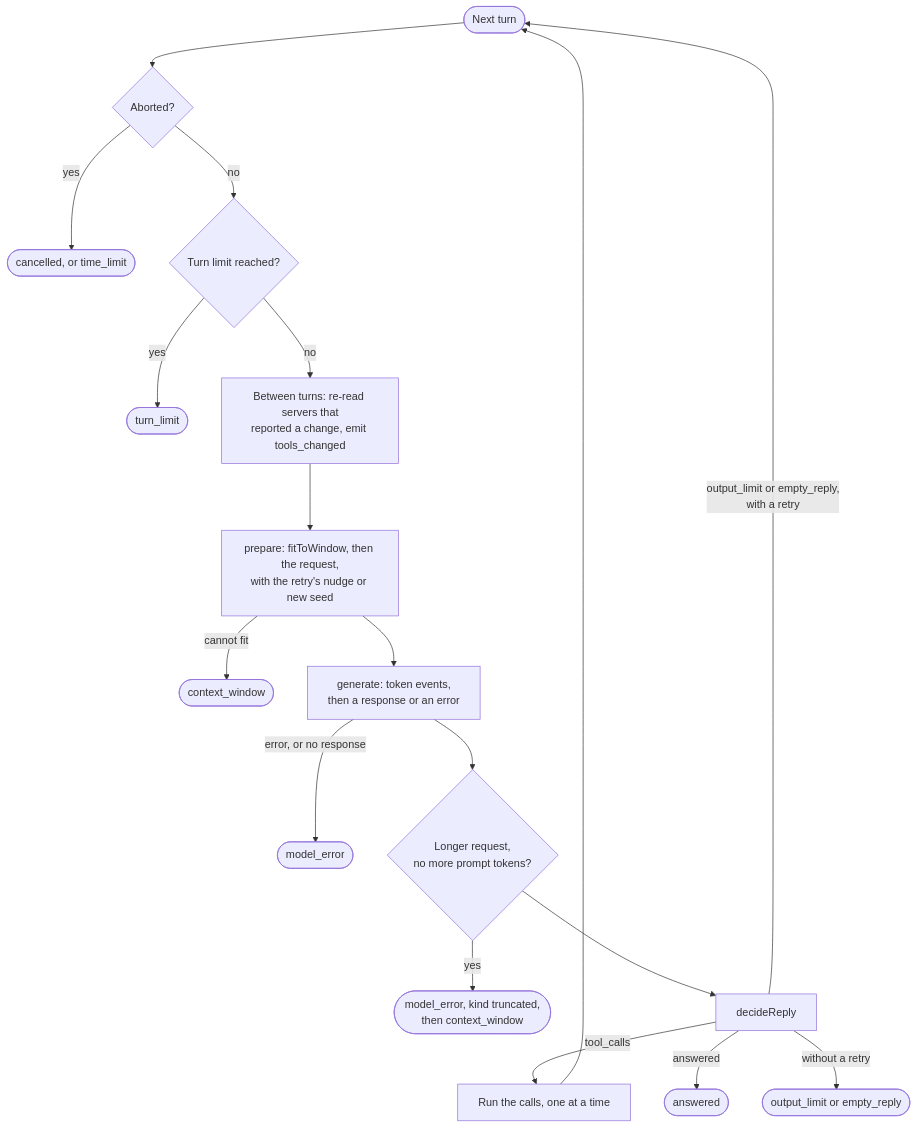
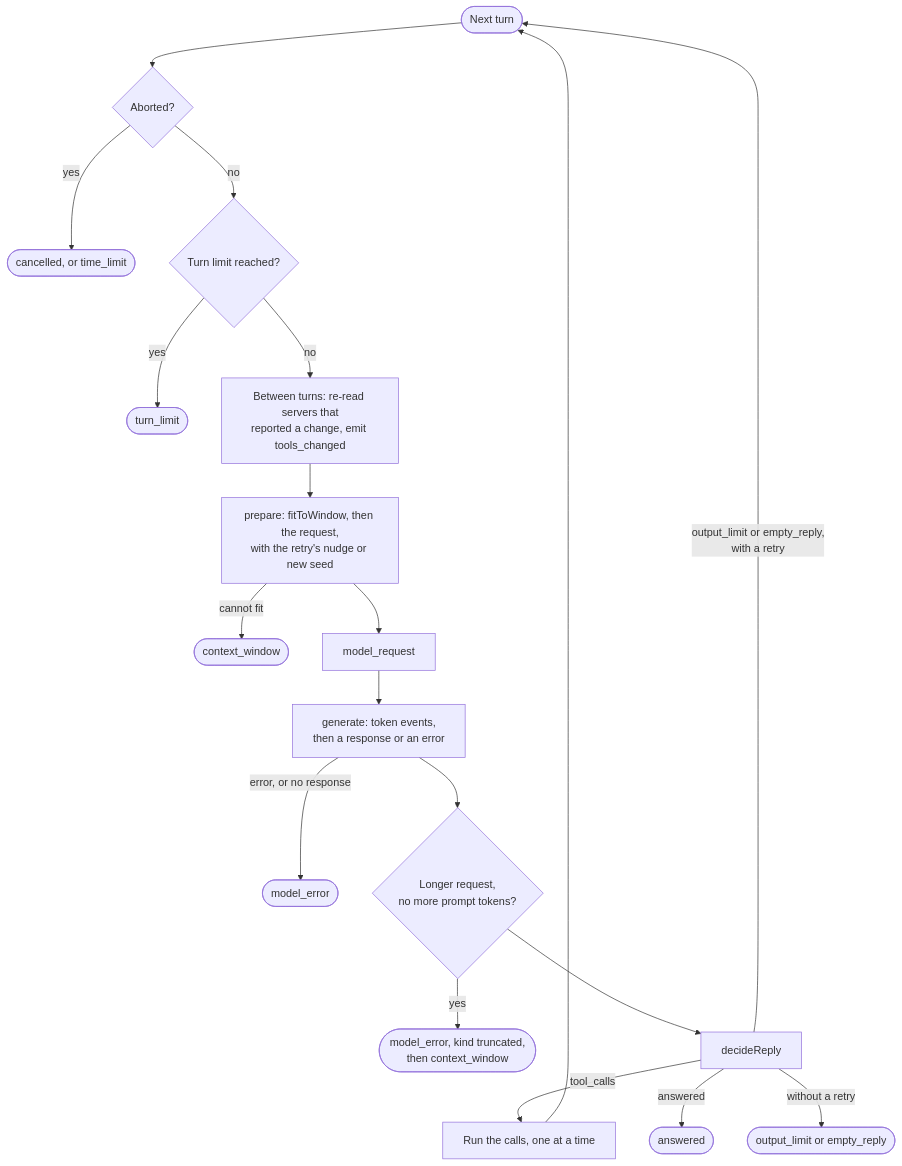
Before and after one commit to overture-stack/arranger: the fourth of 7 diagrams in modules/mcp-host-core/docs/architecture.md, drawn with Mermaid. The commit also changed other lines of this file and 3 other files, not shown here.

````diff
--- a/modules/mcp-host-core/docs/architecture.md
+++ b/modules/mcp-host-core/docs/architecture.md
@@ -154,20 +154,21 @@
 ```mermaid
 flowchart TD
     top(["Next turn"]) --> stopped{"Aborted?"}
     stopped -->|"yes"| cancelled(["cancelled, or time_limit"])
     stopped -->|"no"| turns{"Turn limit reached?"}
     turns -->|"yes"| turnLimit(["turn_limit"])
     turns -->|"no"| stale["Between turns: re-read servers that<br/>reported a change, emit tools_changed"]
     stale --> prepare["prepare: fitToWindow, then the request,<br/>with the retry's nudge or new seed"]
     prepare -->|"cannot fit"| window(["context_window"])
-    prepare --> generate["generate: token events,<br/>then a response or an error"]
+    prepare --> request["model_request"]
+    request --> generate["generate: token events,<br/>then a response or an error"]
     generate -->|"error, or no response"| modelError(["model_error"])
     generate --> backstop{"Longer request,<br/>no more prompt tokens?"}
     backstop -->|"yes"| truncated(["model_error, kind truncated,<br/>then context_window"])
     backstop --> decide["decideReply"]
     decide -->|"tool_calls"| calls["Run the calls, one at a time"]
     calls --> top
     decide -->|"answered"| answered(["answered"])
     decide -->|"output_limit or empty_reply,<br/>with a retry"| top
     decide -->|"without a retry"| failed(["output_limit or empty_reply"])
 ```
````
